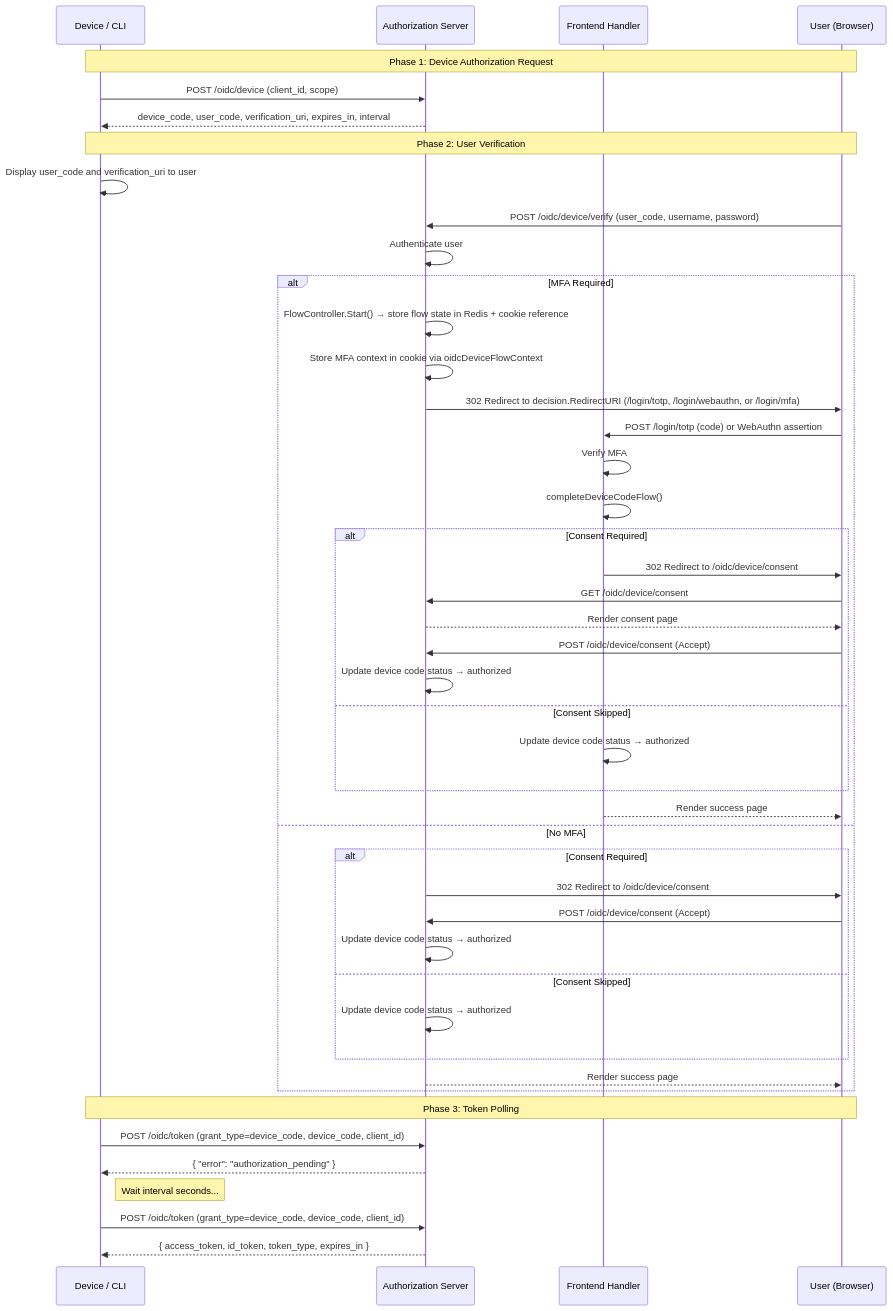
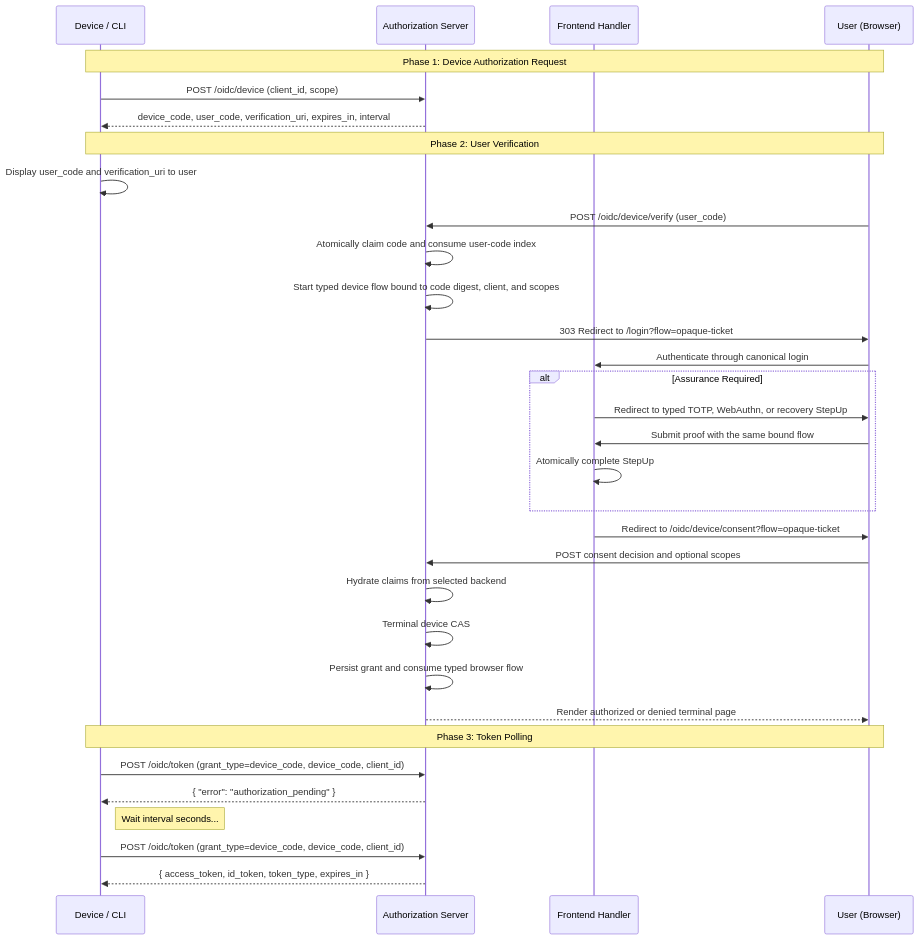
Before and after one commit to croessner/nauthilus: diagram 12 of 12 in server/docs/idp.md, drawn with Mermaid. The commit also changed other lines of this file, not shown here.

Commit message:
Docs: Explain canonical IDP browser session architecture

````diff
--- a/server/docs/idp.md
+++ b/server/docs/idp.md
@@ -1567,47 +1620,34 @@
 ```mermaid
 sequenceDiagram
     participant D as Device / CLI
     participant AS as Authorization Server
     participant F as Frontend Handler
     participant U as User (Browser)
     Note over D, U: Phase 1: Device Authorization Request
     D ->> AS: POST /oidc/device (client_id, scope)
     AS -->> D: device_code, user_code, verification_uri, expires_in, interval
     Note over D, U: Phase 2: User Verification
     D ->> D: Display user_code and verification_uri to user
-    U ->> AS: POST /oidc/device/verify (user_code, username, password)
-    AS ->> AS: Authenticate user
-    alt MFA Required
-        AS ->> AS: FlowController.Start() → store flow state in Redis + cookie reference
-        AS ->> AS: Store MFA context in cookie via oidcDeviceFlowContext
-        AS ->> U: 302 Redirect to decision.RedirectURI (/login/totp, /login/webauthn, or /login/mfa)
-        U ->> F: POST /login/totp (code) or WebAuthn assertion
-        F ->> F: Verify MFA
-        F ->> F: completeDeviceCodeFlow()
-        alt Consent Required
-            F ->> U: 302 Redirect to /oidc/device/consent
-            U ->> AS: GET /oidc/device/consent
-            AS -->> U: Render consent page
-            U ->> AS: POST /oidc/device/consent (Accept)
-            AS ->> AS: Update device code status → authorized
-        else Consent Skipped
-            F ->> F: Update device code status → authorized
-        end
-        F -->> U: Render success page
-    else No MFA
-        alt Consent Required
-            AS ->> U: 302 Redirect to /oidc/device/consent
-            U ->> AS: POST /oidc/device/consent (Accept)
-            AS ->> AS: Update device code status → authorized
-        else Consent Skipped
-            AS ->> AS: Update device code status → authorized
-        end
-        AS -->> U: Render success page
+    U ->> AS: POST /oidc/device/verify (user_code)
+    AS ->> AS: Atomically claim code and consume user-code index
+    AS ->> AS: Start typed device flow bound to code digest, client, and scopes
+    AS ->> U: 303 Redirect to /login?flow=opaque-ticket
+    U ->> F: Authenticate through canonical login
+    alt Assurance Required
+        F ->> U: Redirect to typed TOTP, WebAuthn, or recovery StepUp
+        U ->> F: Submit proof with the same bound flow
+        F ->> F: Atomically complete StepUp
     end
+    F ->> U: Redirect to /oidc/device/consent?flow=opaque-ticket
+    U ->> AS: POST consent decision and optional scopes
+    AS ->> AS: Hydrate claims from selected backend
+    AS ->> AS: Terminal device CAS
+    AS ->> AS: Persist grant and consume typed browser flow
+    AS -->> U: Render authorized or denied terminal page
     Note over D, U: Phase 3: Token Polling
     D ->> AS: POST /oidc/token (grant_type=device_code, device_code, client_id)
     AS -->> D: { "error": "authorization_pending" }
     Note right of D: Wait interval seconds...
     D ->> AS: POST /oidc/token (grant_type=device_code, device_code, client_id)
     AS -->> D: { access_token, id_token, token_type, expires_in }
 ```
````
